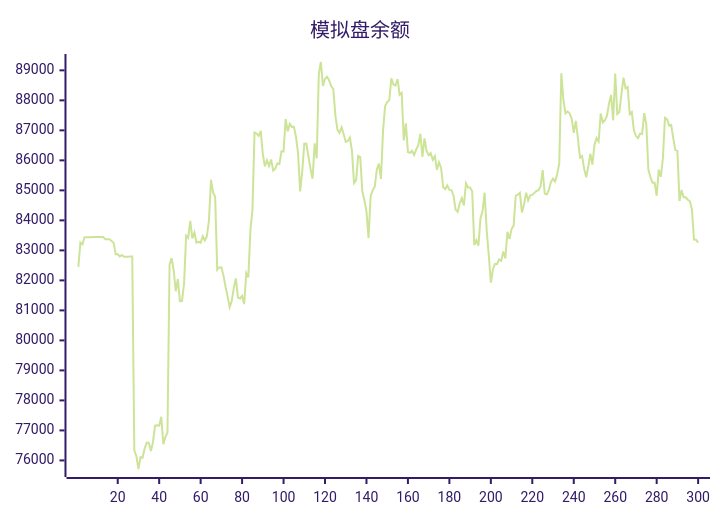
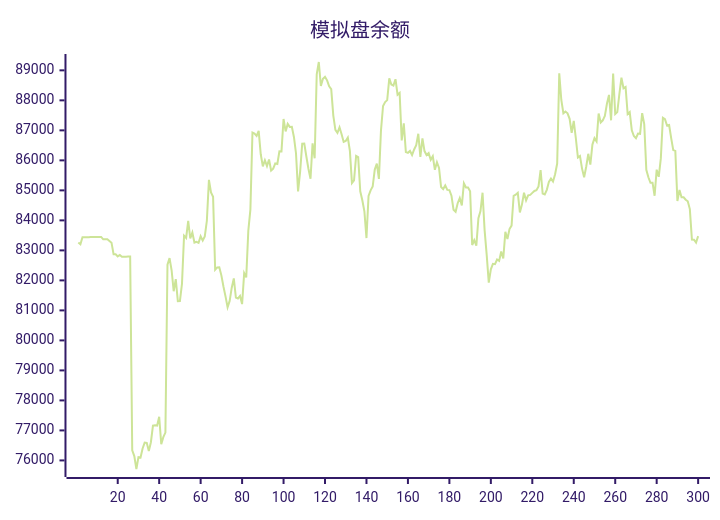
Before and after one commit to aahl/ai-trading: the diagram in README.md, drawn with Mermaid (forest theme). The commit also changed other lines of this file and 1 other file, not shown here.

````diff
--- a/README.md
+++ b/README.md
@@ -5,5 +5,5 @@
 ```mermaid
 xychart
     title "模拟盘余额"
-    line [82449,83264,83203,83440,83439,83440,83440,83446,83447,83448,83447,83448,83449,83369,83369,83369,83313,83256,82872,82873,82801,82844,82785,82791,82791,82793,82794,76339,76145,75714,76110,76096,76397,76594,76585,76310,76607,77160,77170,77160,77456,76541,76774,76927,82520,82744,82337,81639,82040,81307,81314,81887,83490,83414,83984,83396,83594,83261,83287,83253,83470,83327,83465,83987,85348,84930,84786,82355,82433,82438,82167,81795,81466,81105,81315,81756,82064,81426,81398,81481,81210,82242,82099,83658,84359,86925,86892,86814,86980,86203,85802,86003,85811,86028,85657,85721,85896,85880,86300,86299,87378,86965,87214,87115,87118,86780,86238,84966,85623,86555,86562,86129,85722,85387,86569,86070,88870,89278,88477,88720,88781,88668,88467,88372,87493,87018,86917,87102,86870,86613,86644,86758,86317,85242,85334,86149,86106,84968,84671,84302,83410,84816,85001,85127,85693,85891,85384,87001,87811,87945,88007,88734,88528,88495,88705,88189,88248,86662,87234,86279,86251,86314,86177,86364,86503,86886,86114,86731,86310,86176,86240,86017,86136,85685,85938,85749,85111,85044,85164,85016,85008,84824,84354,84287,84572,84745,84500,85234,85096,85095,84970,83180,83338,83157,84070,84309,84922,83667,82850,81924,82369,82552,82539,82695,82648,82962,82728,83619,83378,83710,83825,84819,84854,84917,84265,84527,84919,84668,84834,84850,84916,84981,85004,85131,85674,84891,84864,85019,85284,85393,85294,85538,85894,88904,88012,87567,87625,87568,87386,86920,87313,86737,86094,86143,85725,85437,85787,86219,85859,86526,86740,86630,87563,87264,87335,87483,87886,88180,87335,88894,87544,87608,88207,88755,88401,88444,87543,87608,87000,86810,86740,86894,86884,87576,87209,85686,85435,85251,85255,84820,85689,85453,86066,87420,87373,87161,87178,86740,86341,86315,84643,85012,84772,84768,84690,84635,84376,83360,83357,83259]
+    line [83264,83203,83440,83439,83440,83440,83446,83447,83448,83447,83448,83449,83369,83369,83369,83313,83256,82872,82873,82801,82844,82785,82791,82791,82793,82794,76339,76145,75714,76110,76096,76397,76594,76585,76310,76607,77160,77170,77160,77456,76541,76774,76927,82520,82744,82337,81639,82040,81307,81314,81887,83490,83414,83984,83396,83594,83261,83287,83253,83470,83327,83465,83987,85348,84930,84786,82355,82433,82438,82167,81795,81466,81105,81315,81756,82064,81426,81398,81481,81210,82242,82099,83658,84359,86925,86892,86814,86980,86203,85802,86003,85811,86028,85657,85721,85896,85880,86300,86299,87378,86965,87214,87115,87118,86780,86238,84966,85623,86555,86562,86129,85722,85387,86569,86070,88870,89278,88477,88720,88781,88668,88467,88372,87493,87018,86917,87102,86870,86613,86644,86758,86317,85242,85334,86149,86106,84968,84671,84302,83410,84816,85001,85127,85693,85891,85384,87001,87811,87945,88007,88734,88528,88495,88705,88189,88248,86662,87234,86279,86251,86314,86177,86364,86503,86886,86114,86731,86310,86176,86240,86017,86136,85685,85938,85749,85111,85044,85164,85016,85008,84824,84354,84287,84572,84745,84500,85234,85096,85095,84970,83180,83338,83157,84070,84309,84922,83667,82850,81924,82369,82552,82539,82695,82648,82962,82728,83619,83378,83710,83825,84819,84854,84917,84265,84527,84919,84668,84834,84850,84916,84981,85004,85131,85674,84891,84864,85019,85284,85393,85294,85538,85894,88904,88012,87567,87625,87568,87386,86920,87313,86737,86094,86143,85725,85437,85787,86219,85859,86526,86740,86630,87563,87264,87335,87483,87886,88180,87335,88894,87544,87608,88207,88755,88401,88444,87543,87608,87000,86810,86740,86894,86884,87576,87209,85686,85435,85251,85255,84820,85689,85453,86066,87420,87373,87161,87178,86740,86341,86315,84643,85012,84772,84768,84690,84635,84376,83360,83357,83259,83474]
 ```
````
